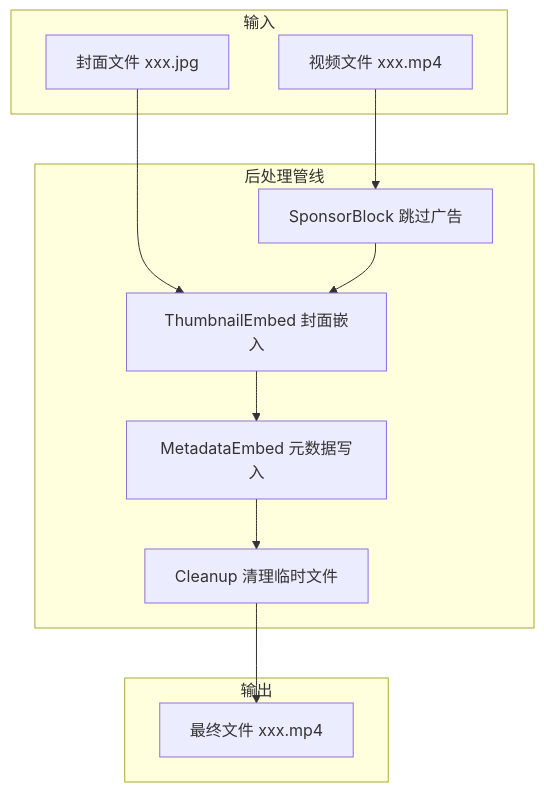
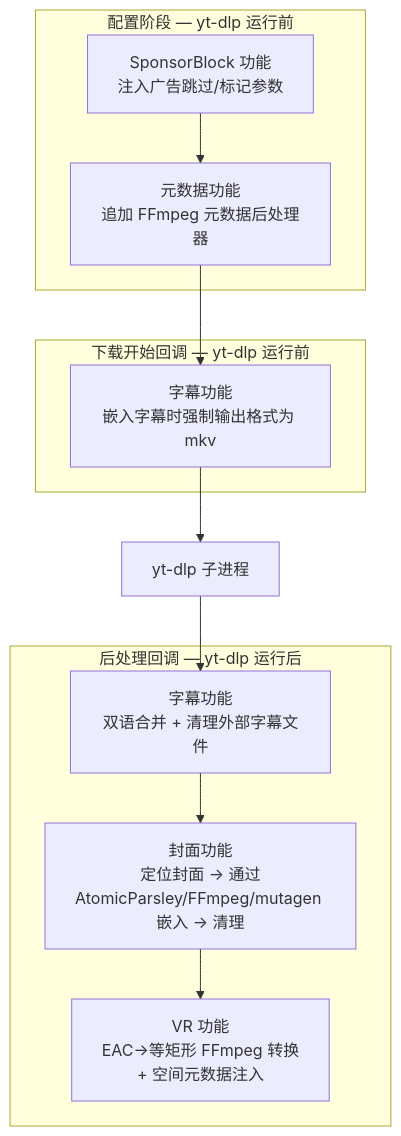
Before and after one commit to prideicker/FluentYTDL: the sixth of 19 diagrams in docs/ARCHITECTURE.md, drawn with Mermaid. The commit also changed other lines of this file and 97 other files, not shown here.

````diff
--- a/docs/ARCHITECTURE.md
+++ b/docs/ARCHITECTURE.md
@@ -585,25 +366,21 @@
 ```mermaid
-flowchart TB
-    subgraph Input["输入"]
-        VF["视频文件 xxx.mp4"]
-        TF["封面文件 xxx.jpg"]
+flowchart TD
+    subgraph configure["配置阶段 — yt-dlp 运行前"]
+        SB1["SponsorBlock 功能<br/>注入广告跳过/标记参数"]
+        MF1["元数据功能<br/>追加 FFmpeg 元数据后处理器"]
     end
-    
-    subgraph Pipeline["后处理管线"]
-        SB["SponsorBlock 跳过广告"]
-        TE["ThumbnailEmbed 封面嵌入"]
-        ME["MetadataEmbed 元数据写入"]
-        CL["Cleanup 清理临时文件"]
+
+    subgraph on_start["下载开始回调 — yt-dlp 运行前"]
+        SF1["字幕功能<br/>嵌入字幕时强制输出格式为 mkv"]
     end
-    
-    subgraph Output["输出"]
-        OF["最终文件 xxx.mp4"]
+
+    subgraph on_post["后处理回调 — yt-dlp 运行后"]
+        SF2["字幕功能<br/>双语合并 + 清理外部字幕文件"]
+        TF1["封面功能<br/>定位封面 → 通过<br/>AtomicParsley/FFmpeg/mutagen 嵌入 → 清理"]
+        VF1["VR 功能<br/>EAC→等矩形 FFmpeg 转换<br/>+ 空间元数据注入"]
     end
-    
-    VF --> SB
-    TF --> TE
-    SB --> TE
-    TE --> ME
-    ME --> CL
-    CL --> OF
+
+    SB1 --> MF1 --> SF1
+    SF1 --> C["yt-dlp 子进程"]
+    C --> SF2 --> TF1 --> VF1
 ```
````
